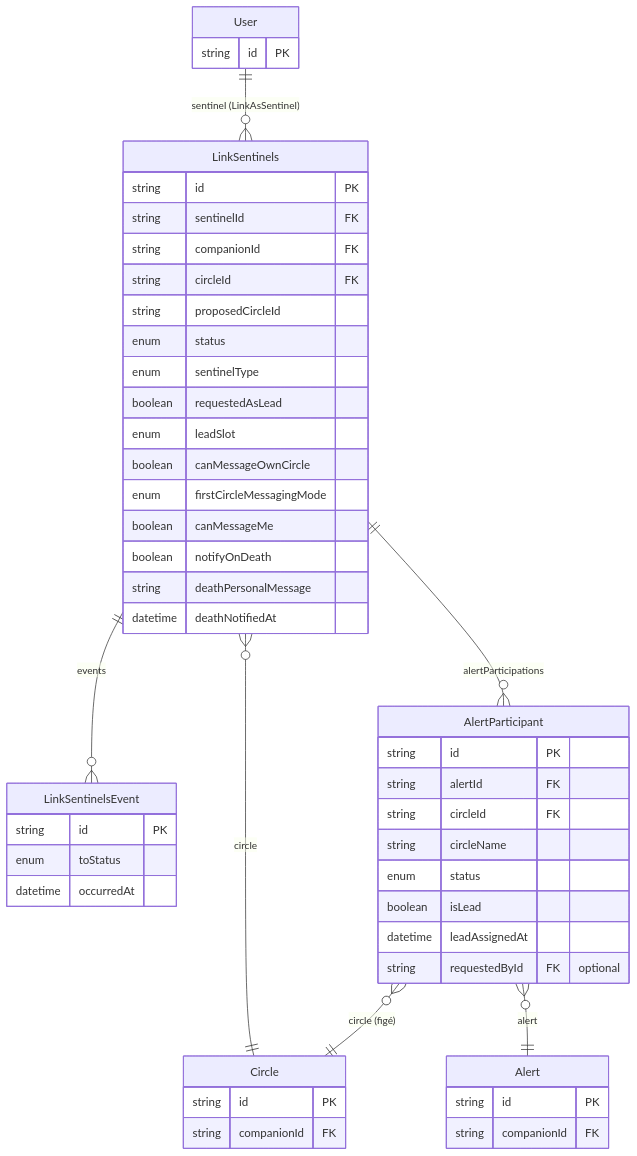
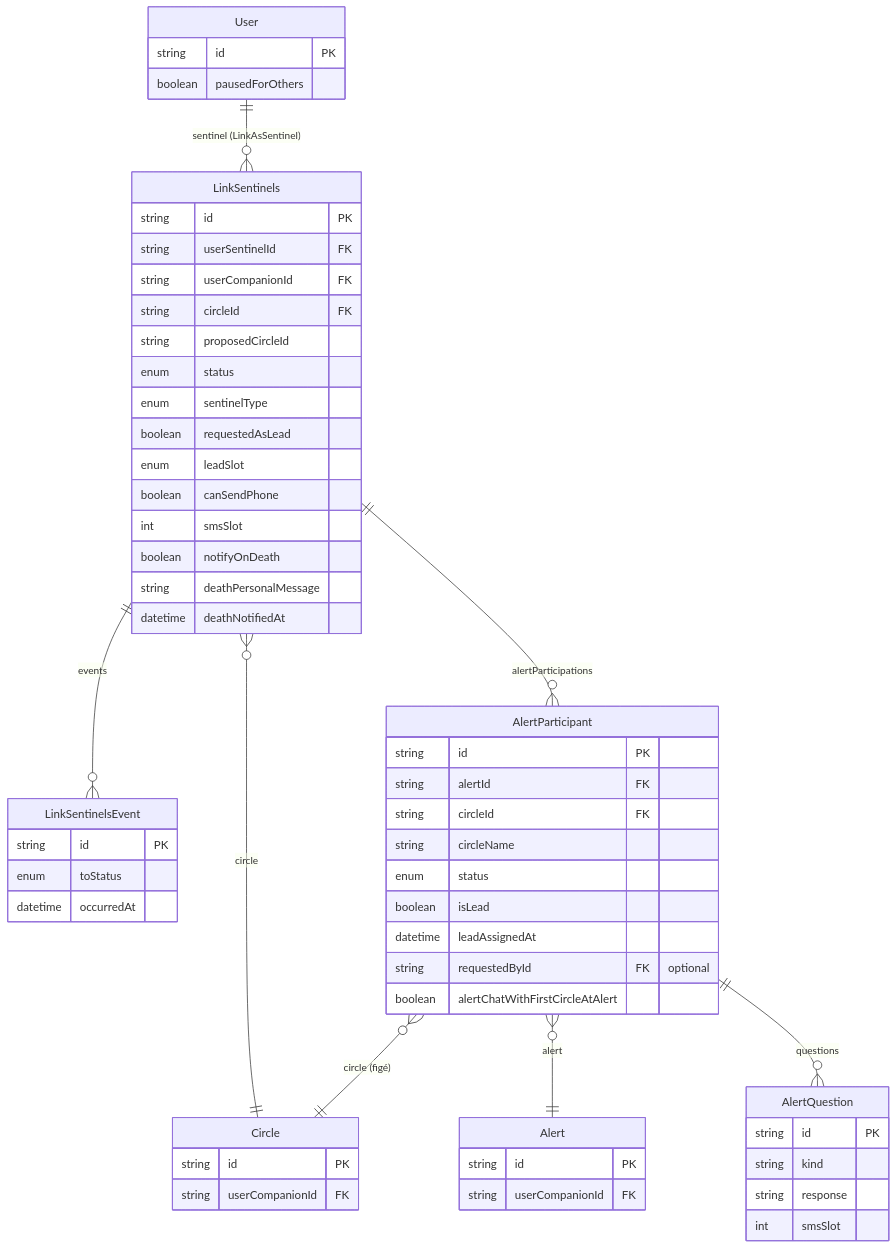
Before and after one commit to Sylvfo/MySentinelCircle: the third of 6 diagrams in backend/prisma/DB_schema.md, drawn with Mermaid. The commit also changed other lines of this file and 103 other files, not shown here.

First line of the commit message:
Watch Mode frontend, QR code connections, SMS reply codes, test lab

````diff
--- a/backend/prisma/DB_schema.md
+++ b/backend/prisma/DB_schema.md
@@ -176,53 +271,61 @@
 ```mermaid
 erDiagram
   User              ||--o{ LinkSentinels      : "sentinel (LinkAsSentinel)"
   LinkSentinels     }o--||  Circle            : "circle"
   LinkSentinels     ||--o{ LinkSentinelsEvent : "events"
   LinkSentinels     ||--o{ AlertParticipant   : "alertParticipations"
   AlertParticipant  }o--||  Alert             : "alert"
   AlertParticipant  }o--||  Circle            : "circle (figé)"
+  AlertParticipant  ||--o{ AlertQuestion      : "questions"
 
   User {
     string id PK
+    boolean pausedForOthers
   }
   LinkSentinels {
     string id PK
-    string sentinelId FK
-    string companionId FK
+    string userSentinelId FK
+    string userCompanionId FK
     string circleId FK
     string proposedCircleId
     enum   status
     enum   sentinelType
     boolean requestedAsLead
     enum   leadSlot
-    boolean canMessageOwnCircle
-    enum   firstCircleMessagingMode
-    boolean canMessageMe
+    boolean canSendPhone
+    int    smsSlot
     boolean notifyOnDeath
     string deathPersonalMessage
     datetime deathNotifiedAt
   }
   Circle {
     string id PK
-    string companionId FK
+    string userCompanionId FK
   }
   LinkSentinelsEvent {
     string id PK
     enum   toStatus
     datetime occurredAt
   }
   AlertParticipant {
     string id PK
     string alertId FK
     string circleId FK
     string circleName
     enum   status
     boolean isLead
     datetime leadAssignedAt
     string requestedById FK "optional"
+    boolean alertChatWithFirstCircleAtAlert
+  }
+  AlertQuestion {
+    string id PK
+    string kind
+    string response
+    int    smsSlot
   }
   Alert {
     string id PK
-    string companionId FK
+    string userCompanionId FK
   }
 ```
````
